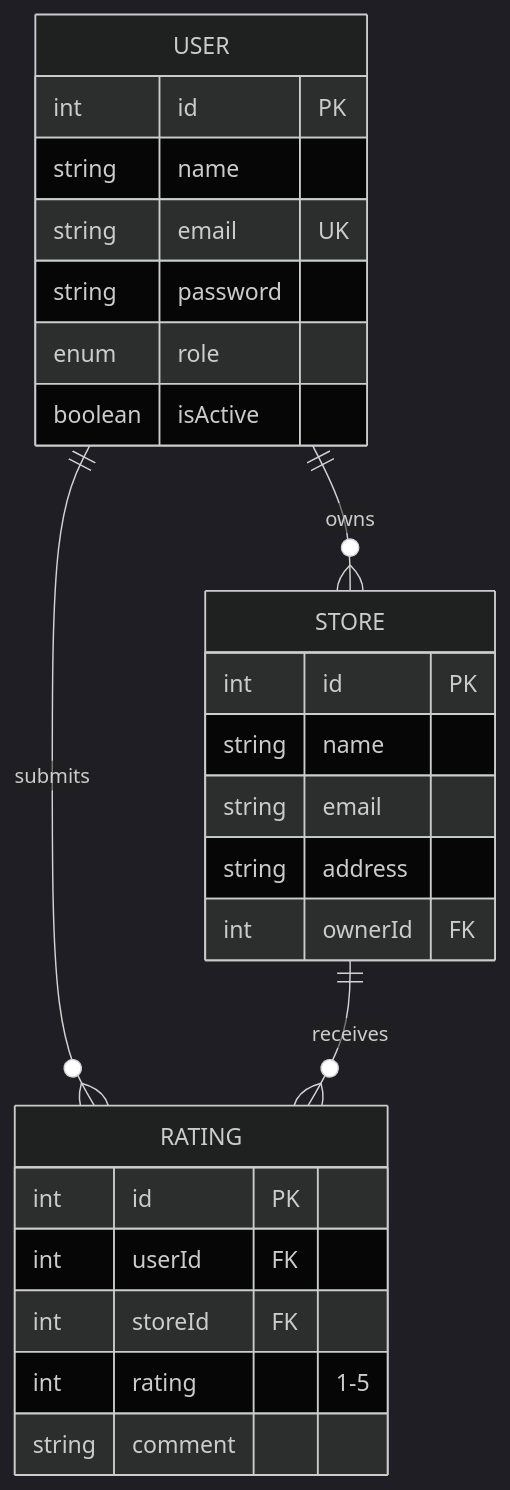
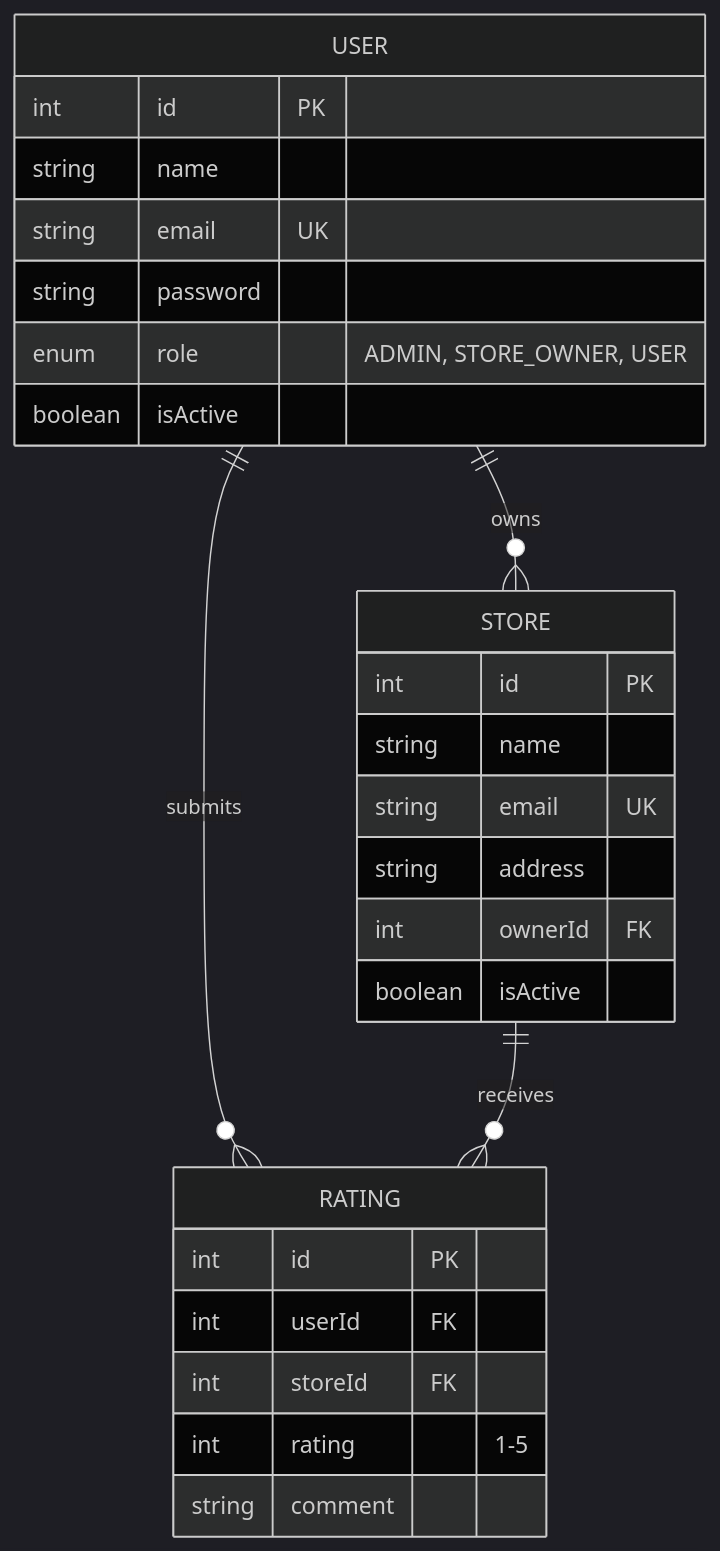
The diagram in README.md (Shivamsah123/Store-Rating-Platform), drawn with Mermaid (dark theme) before and after one commit. The commit also changed other lines of this file, not shown here.

````diff
--- a/README.md
+++ b/README.md
@@ -186,31 +293,32 @@
 ```mermaid
 erDiagram
     USER ||--o{ STORE : owns
     USER ||--o{ RATING : submits
     STORE ||--o{ RATING : receives
     
     USER {
         int id PK
         string name
         string email UK
         string password
-        enum role
+        enum role "ADMIN, STORE_OWNER, USER"
         boolean isActive
     }
     
     STORE {
         int id PK
         string name
-        string email
+        string email UK
         string address
         int ownerId FK
+        boolean isActive
     }
     
     RATING {
         int id PK
         int userId FK
         int storeId FK
         int rating "1-5"
         string comment
     }
 ```
````
